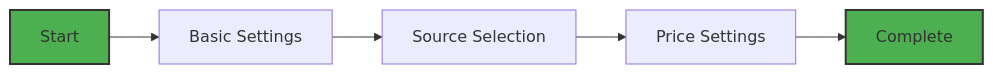
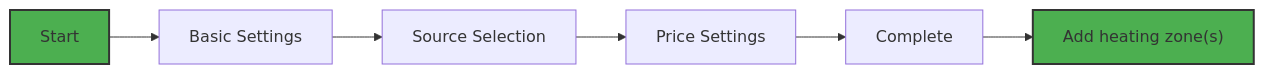
Before and after one commit to bvweerd/heating_curve_optimizer: the diagram in docs/configuration.md, drawn with Mermaid. The commit also changed other lines of this file and 23 other files, not shown here.

````diff
--- a/docs/configuration.md
+++ b/docs/configuration.md
@@ -9,10 +12,11 @@
 ```mermaid
 graph LR
     A[Start] --> B[Basic Settings]
     B --> C[Source Selection]
     C --> D[Price Settings]
     D --> E[Complete]
+    E --> F["Add heating zone(s)"]
 
     style A fill:#4caf50,stroke:#333,stroke-width:2px
-    style E fill:#4caf50,stroke:#333,stroke-width:2px
+    style F fill:#4caf50,stroke:#333,stroke-width:2px
 ```
````
